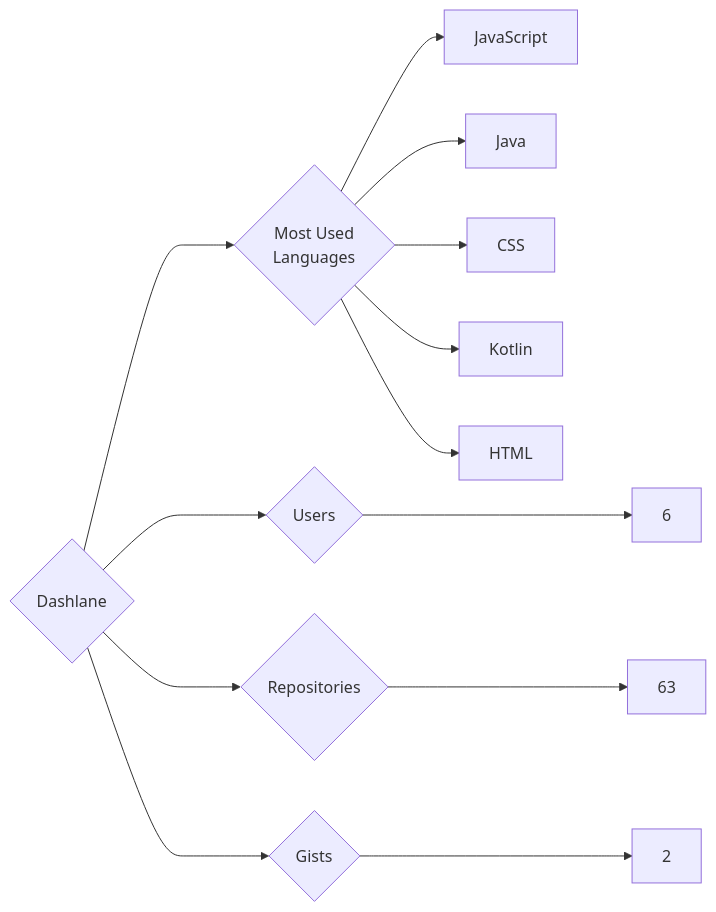
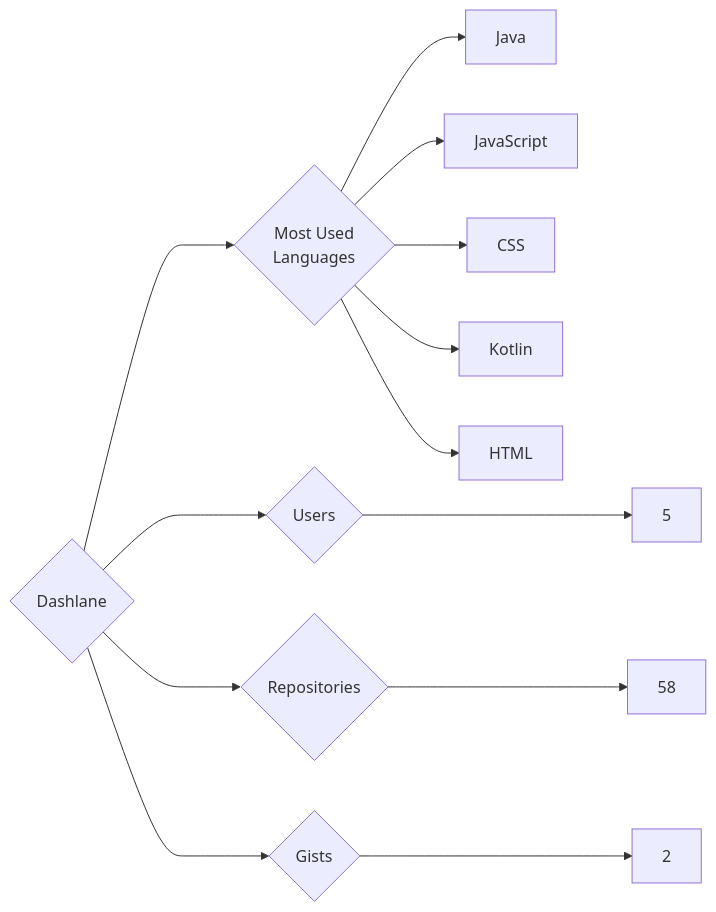
One commit to trickest/insiders changed the diagram in targets/Dashlane/README.md. Above: the diagram before and after it, drawn with Mermaid. The commit also changed 993 other files, not shown here.

````diff
--- a/targets/Dashlane/README.md
+++ b/targets/Dashlane/README.md
@@ -3,13 +3,13 @@
 ```mermaid
 graph LR
 COMPANY_NAME{Dashlane}
-COMPANY_NAME ---> U{Users} ---> UN[6]
-COMPANY_NAME ---> R{Repositories} ---> RN[63]
+COMPANY_NAME ---> U{Users} ---> UN[5]
+COMPANY_NAME ---> R{Repositories} ---> RN[58]
 COMPANY_NAME ---> G{Gists} ---> GN[2]
 COMPANY_NAME ---> ML{Most Used<br>Languages}
+ML --> Java[Java]
 ML --> JavaScript[JavaScript]
-ML --> Java[Java]
 ML --> CSS[CSS]
 ML --> Kotlin[Kotlin]
 ML --> HTML[HTML]
 ```
````
